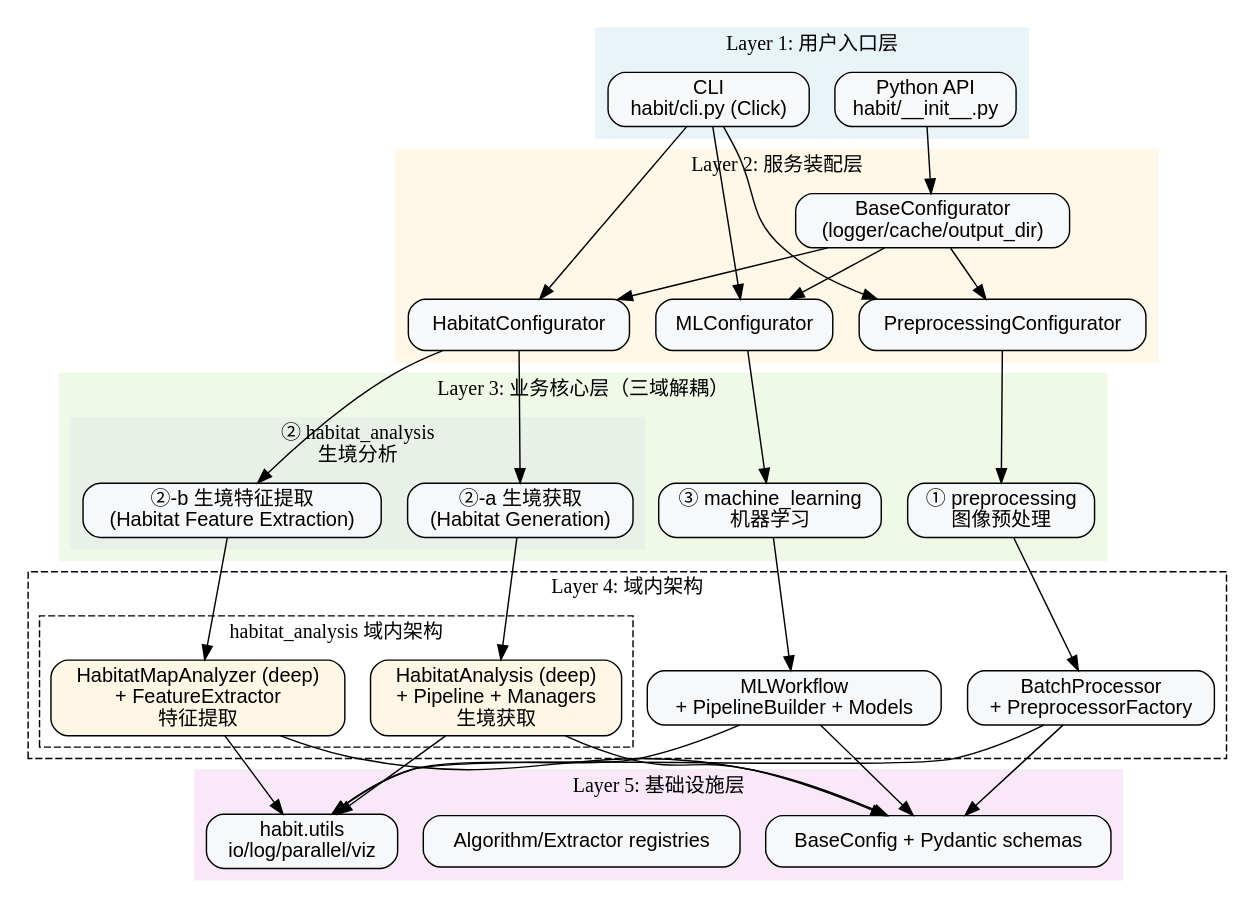
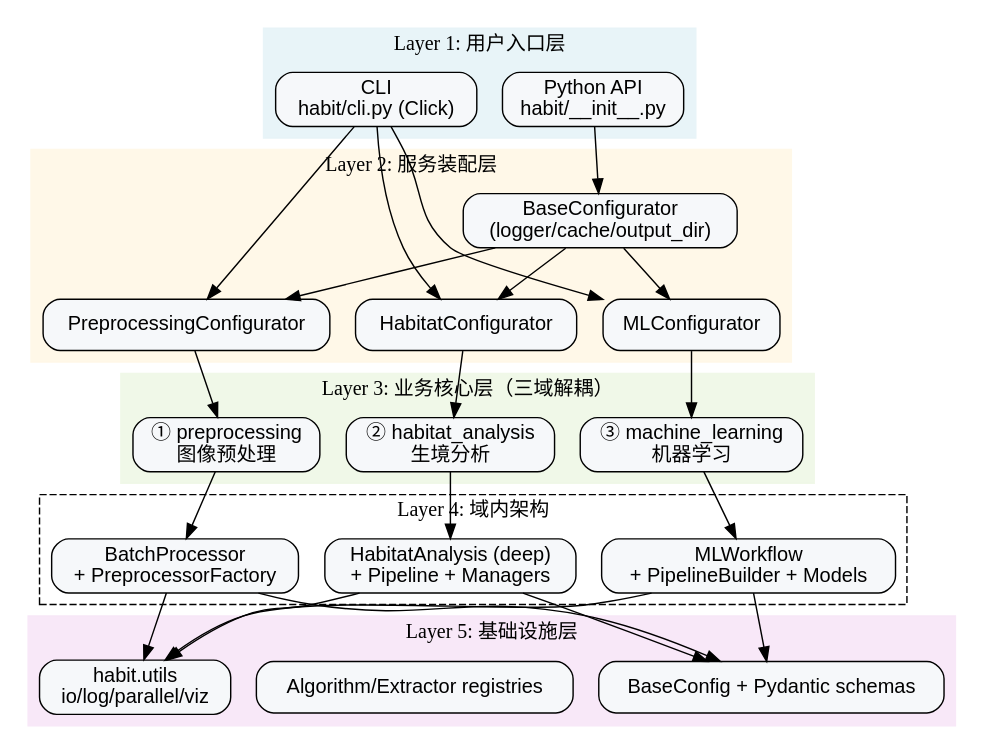
One commit to lichao312214129/HABIT changed the first of 4 diagrams in docs/source/development/architecture.rst. Above: the diagram before and after it, drawn with Graphviz. The commit also changed other lines of this file and 40 other files, not shown here.

```diff
--- a/docs/source/development/architecture.rst
+++ b/docs/source/development/architecture.rst
@@ -70,12 +64,7 @@
            label="Layer 3: 业务核心层（三域解耦）";
            style=filled; color="#f0f8e8";
            Pre [label="① preprocessing\n图像预处理"];
-           subgraph cluster_habitat {
-               label="② habitat_analysis\n生境分析";
-               style=filled; color="#e8f0e8";
-               HabitatGen [label="②-a 生境获取\n(Habitat Generation)"];
-               HabitatFeat [label="②-b 生境特征提取\n(Habitat Feature Extraction)"];
-           }
+           Habitat [label="② habitat_analysis\n生境分析"];
            ML [label="③ machine_learning\n机器学习"];
        }
 
@@ -83,12 +72,7 @@
            label="Layer 4: 域内架构";
            style=dashed; color="#bbb";
            PreArch [label="BatchProcessor\n+ PreprocessorFactory"];
-           subgraph cluster_habitat_arch {
-               label="habitat_analysis 域内架构";
-               style=dashed;
-               GenArch [label="HabitatAnalysis (deep)\n+ Pipeline + Managers\n生境获取", fillcolor="#fff7e6"];
-               FeatArch [label="HabitatMapAnalyzer (deep)\n+ FeatureExtractor\n特征提取", fillcolor="#fff7e6"];
-           }
+           HabitatArch [label="HabitatAnalysis (deep)\n+ Pipeline + Managers"];
            MLArch [label="MLWorkflow\n+ PipelineBuilder + Models"];
        }
 
@@ -110,22 +94,18 @@
        BaseCfg -> PreCfg;
 
        PreCfg -> Pre;
-       HabitatCfg -> HabitatGen;
-       HabitatCfg -> HabitatFeat;
+       HabitatCfg -> Habitat;
        MLCfg -> ML;
 
        Pre -> PreArch;
-       HabitatGen -> GenArch;
-       HabitatFeat -> FeatArch;
+       Habitat -> HabitatArch;
        ML -> MLArch;
 
        PreArch -> Configs;
-       GenArch -> Configs;
-       FeatArch -> Configs;
+       HabitatArch -> Configs;
        MLArch -> Configs;
 
        PreArch -> Utils;
-       GenArch -> Utils;
-       FeatArch -> Utils;
+       HabitatArch -> Utils;
        MLArch -> Utils;
    }
```
